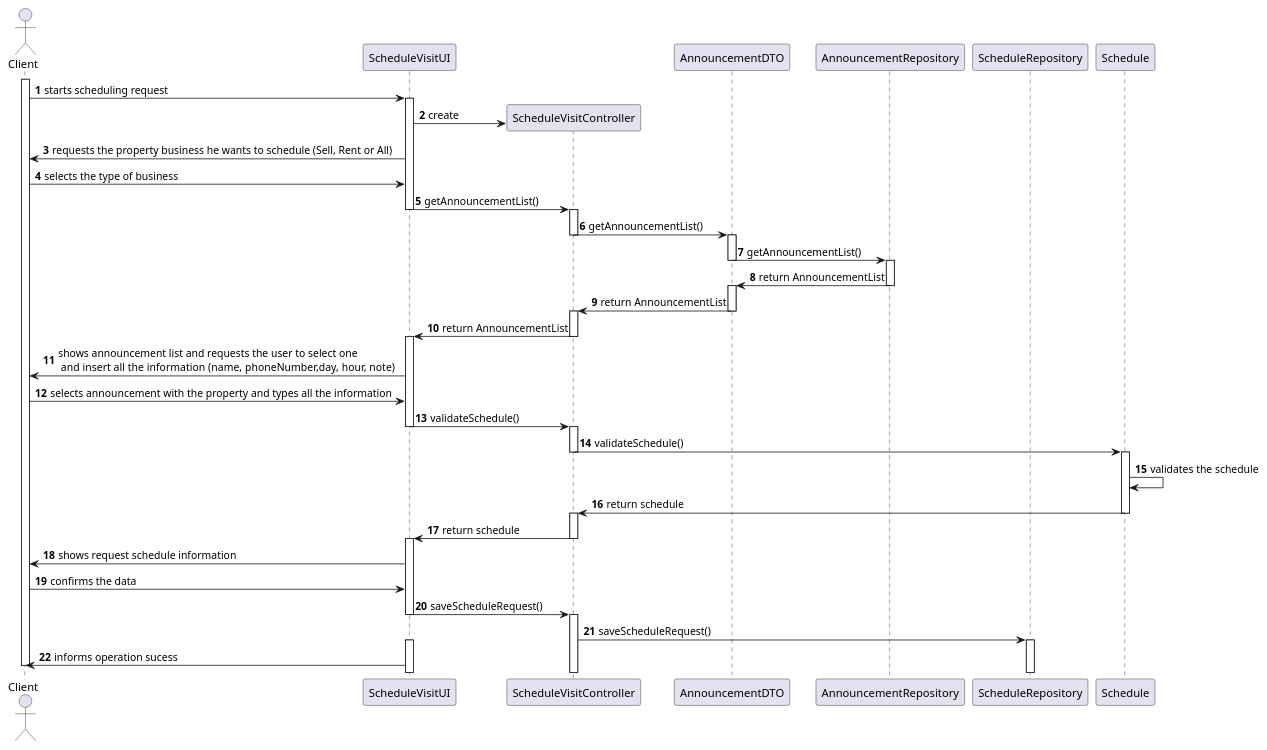
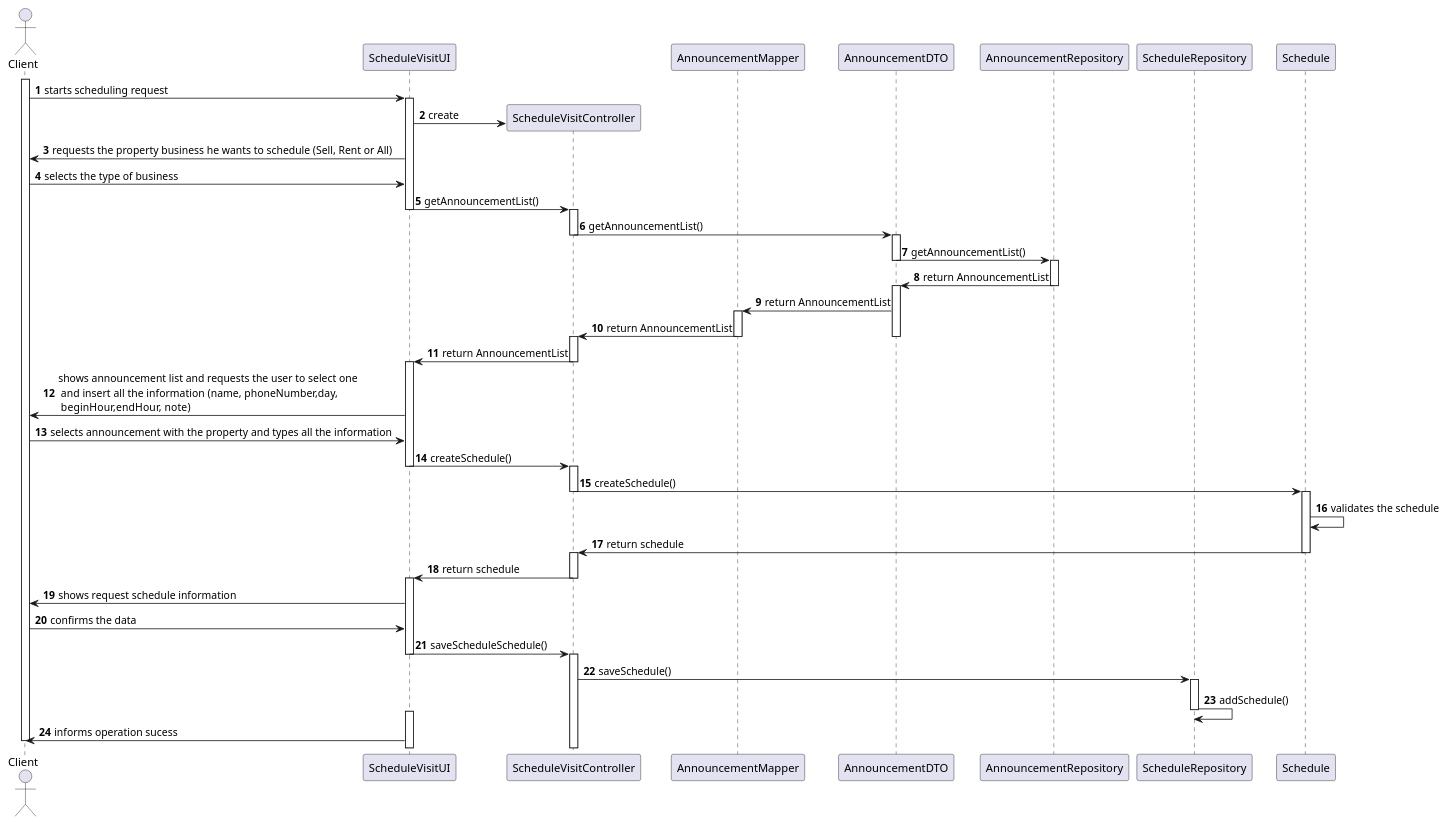
One commit to tiagohcorreia/LAPR2 changed the diagram in docs/sprintC/US009/03.design/puml/SD.puml. Above: the diagram before and after it, drawn with PlantUML. The commit also changed 1 other file, not shown here.

```diff
--- a/docs/sprintC/US009/03.design/puml/SD.puml
+++ b/docs/sprintC/US009/03.design/puml/SD.puml
@@ -1,113 +1,121 @@
 @startuml
 
 autonumber
 
 actor Client as client
 participant ScheduleVisitUI as ui
 participant ScheduleVisitController as ctrl
+participant AnnouncementMapper as mapper
 participant AnnouncementDTO
 participant AnnouncementRepository
 participant ScheduleRepository
 participant Schedule as schedule
 
 autonumber
 
 activate client
 
 client -> ui: starts scheduling request
 
 activate ui
 
 ui -> ctrl** : create
 
 ui-> client: requests the property business he wants to schedule (Sell, Rent or All)
 client->ui: selects the type of business
 
 ui -> ctrl: getAnnouncementList()
 
 deactivate ui
 
 activate ctrl
 
 ctrl -> AnnouncementDTO: getAnnouncementList()
 
 deactivate ctrl
 
 activate AnnouncementDTO
 
 AnnouncementDTO -> AnnouncementRepository: getAnnouncementList()
 
 deactivate AnnouncementDTO
 
 activate AnnouncementRepository
 
 AnnouncementRepository -> AnnouncementDTO: return AnnouncementList
 
 deactivate AnnouncementRepository
 
 activate AnnouncementDTO
 
-AnnouncementDTO -> ctrl:  return AnnouncementList
+AnnouncementDTO -> mapper:  return AnnouncementList
+activate mapper
+mapper -> ctrl: return AnnouncementList
+deactivate mapper
 
 deactivate AnnouncementDTO
 
 activate ctrl
 
 ctrl -> ui: return AnnouncementList
 
 deactivate ctrl
 
 activate ui
 
-ui -> client: shows announcement list and requests the user to select one\n and insert all the information (name, phoneNumber,day, hour, note)
+ui -> client: shows announcement list and requests the user to select one\n and insert all the information (name, phoneNumber,day,\n beginHour,endHour, note)
 
 client -> ui: selects announcement with the property and types all the information
 
-ui -> ctrl: validateSchedule()
+ui -> ctrl: createSchedule()
 
 deactivate ui
 
 activate ctrl
 
-ctrl -> schedule: validateSchedule()
+ctrl -> schedule: createSchedule()
 
 deactivate ctrl
 
 activate schedule
 
 schedule -> schedule: validates the schedule
 
 schedule -> ctrl: return schedule
 
 deactivate schedule
 
 activate ctrl
 
 ctrl -> ui: return schedule
 
 deactivate ctrl
 
 activate ui
 
 ui -> client: shows request schedule information
 
 client -> ui: confirms the data
 
-ui -> ctrl: saveScheduleRequest()
+ui -> ctrl: saveScheduleSchedule()
 
 deactivate ui
 
 activate ctrl
 
-ctrl -> ScheduleRepository: saveScheduleRequest()
+ctrl -> ScheduleRepository: saveSchedule()
+activate ScheduleRepository
 
-activate ScheduleRepository
+ScheduleRepository-> ScheduleRepository: addSchedule()
+
+deactivate ScheduleRepository
+
 
 activate ui
 
 ui -> client: informs operation sucess
 
 
 deactivate client
 
 @enduml
```
